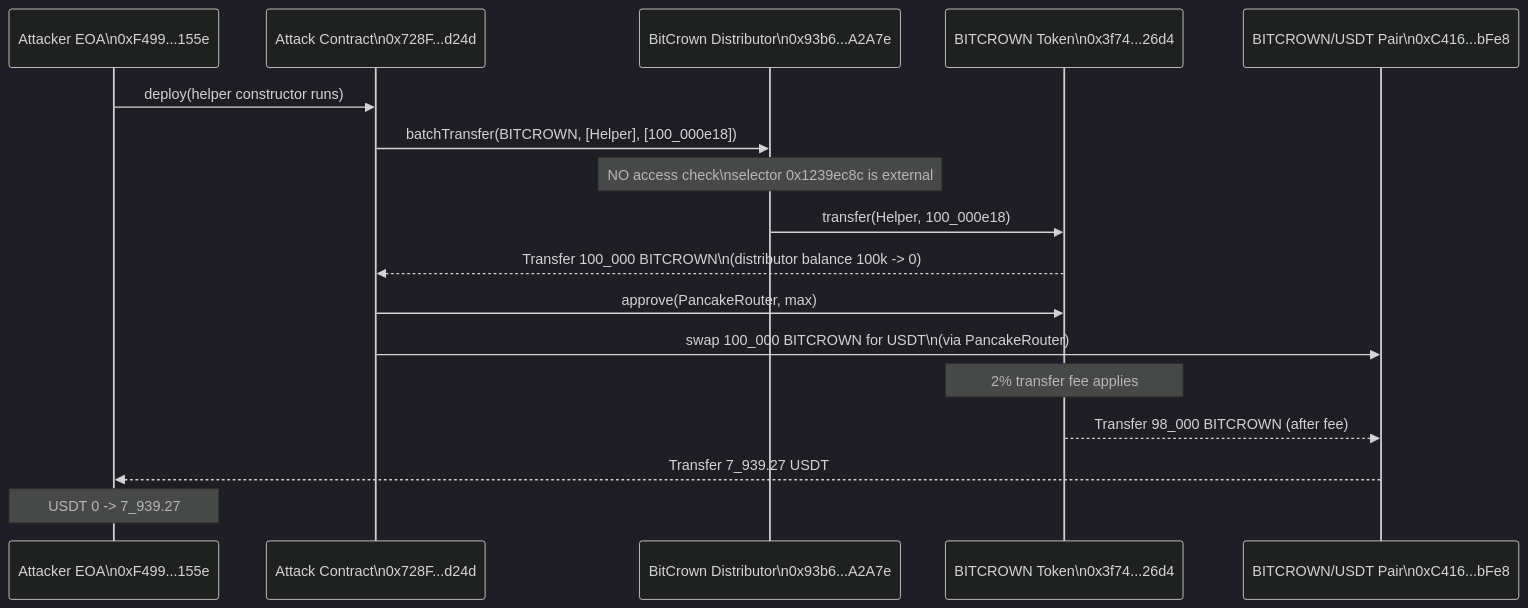
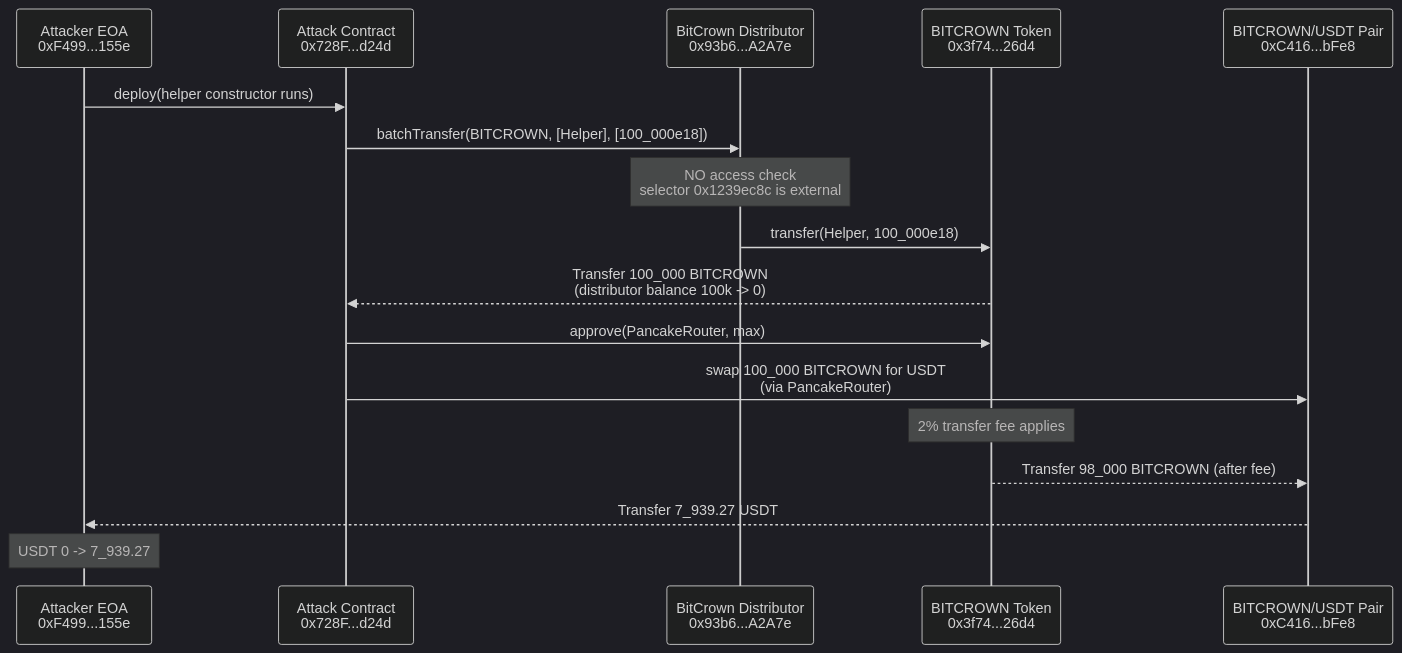
Before and after one commit to sanbir/evm-hack-registry: the first of 2 diagrams in 2025-06-BitCrown_exp/BitCrown_exp.md, drawn with Mermaid (dark theme). The commit also changed other lines of this file and 280 other files, not shown here.

Commit message:
mermaid fixes

````diff
--- a/2025-06-BitCrown_exp/BitCrown_exp.md
+++ b/2025-06-BitCrown_exp/BitCrown_exp.md
@@ -102,20 +102,20 @@
 ```mermaid
 sequenceDiagram
-    participant EOA as Attacker EOA\n0xF499...155e
-    participant Helper as Attack Contract\n0x728F...d24d
-    participant Dist as BitCrown Distributor\n0x93b6...A2A7e
-    participant BC as BITCROWN Token\n0x3f74...26d4
-    participant Pair as BITCROWN/USDT Pair\n0xC416...bFe8
+    participant EOA as Attacker EOA<br/>0xF499...155e
+    participant Helper as Attack Contract<br/>0x728F...d24d
+    participant Dist as BitCrown Distributor<br/>0x93b6...A2A7e
+    participant BC as BITCROWN Token<br/>0x3f74...26d4
+    participant Pair as BITCROWN/USDT Pair<br/>0xC416...bFe8
 
     EOA->>Helper: deploy(helper constructor runs)
     Helper->>Dist: batchTransfer(BITCROWN, [Helper], [100_000e18])
-    Note over Dist: NO access check\nselector 0x1239ec8c is external
+    Note over Dist: NO access check<br/>selector 0x1239ec8c is external
     Dist->>BC: transfer(Helper, 100_000e18)
-    BC-->>Helper: Transfer 100_000 BITCROWN\n(distributor balance 100k -> 0)
+    BC-->>Helper: Transfer 100_000 BITCROWN<br/>(distributor balance 100k -> 0)
     Helper->>BC: approve(PancakeRouter, max)
-    Helper->>Pair: swap 100_000 BITCROWN for USDT\n(via PancakeRouter)
+    Helper->>Pair: swap 100_000 BITCROWN for USDT<br/>(via PancakeRouter)
     Note over BC: 2% transfer fee applies
     BC-->>Pair: Transfer 98_000 BITCROWN (after fee)
     Pair-->>EOA: Transfer 7_939.27 USDT
     Note over EOA: USDT 0 -> 7_939.27
 ```
````
